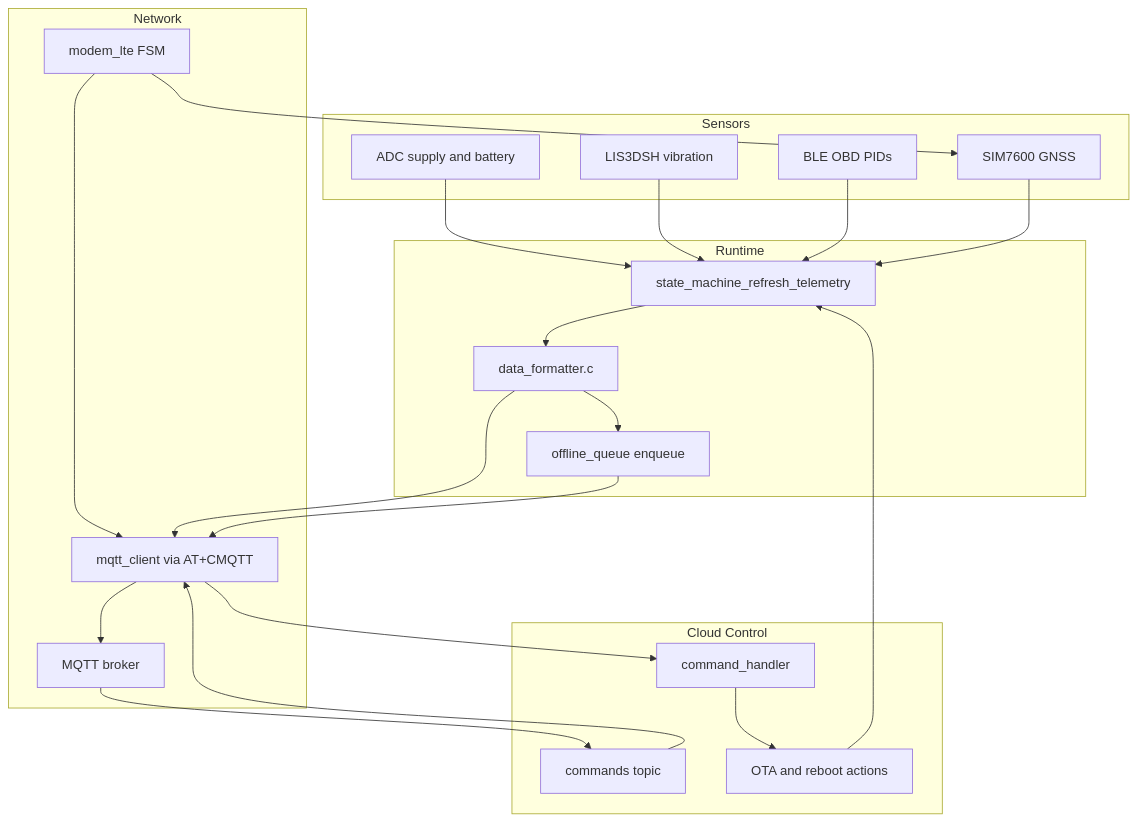
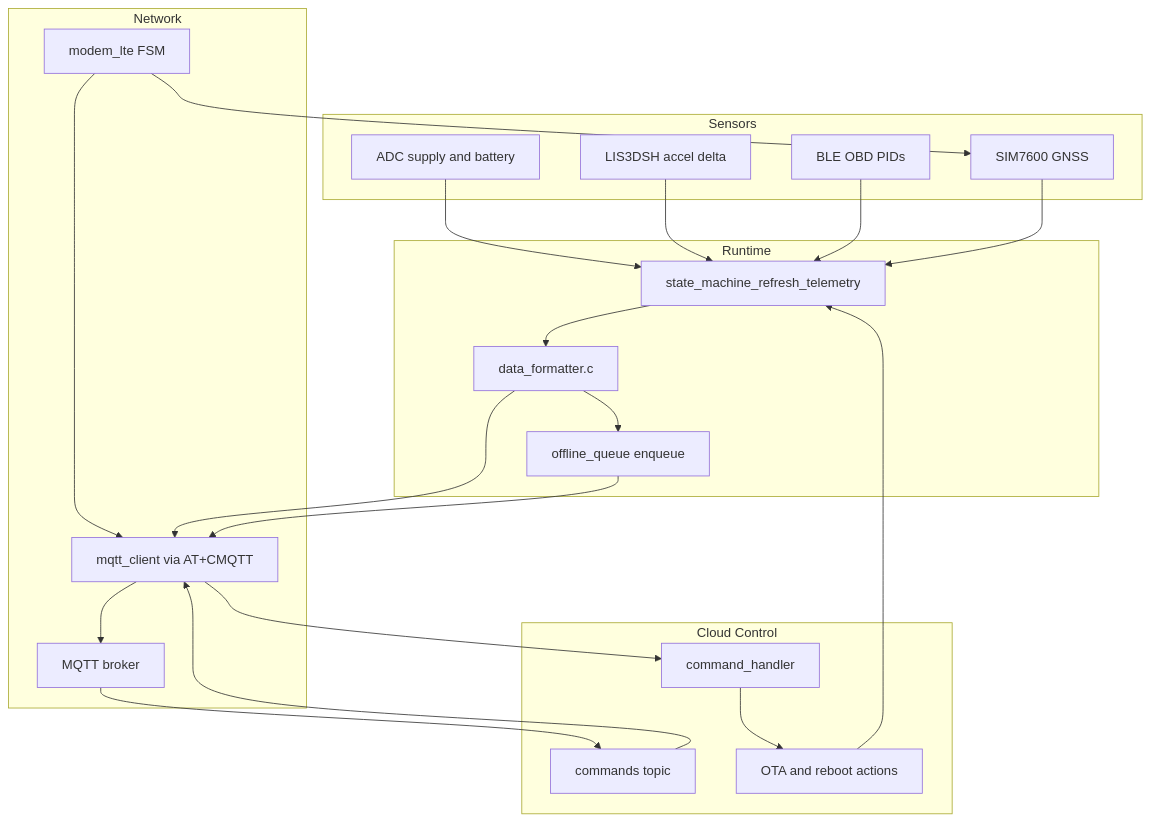
Before and after one commit to anmh1205/IoT_Vehicle_Tracking_System: the diagram in resources/docs/firmware-source-code-reference/assets/uml/firmware-connectivity-and-telemetry-flow.mmd, drawn with Mermaid. The commit also changed 140 other files, not shown here.

```diff
--- a/resources/docs/firmware-source-code-reference/assets/uml/firmware-connectivity-and-telemetry-flow.mmd
+++ b/resources/docs/firmware-source-code-reference/assets/uml/firmware-connectivity-and-telemetry-flow.mmd
@@ -1,43 +1,43 @@
 flowchart TD
     subgraph Sensors
         A1[ADC supply and battery]
-        A2[LIS3DSH vibration]
+        A2[LIS3DSH accel delta]
         A3[BLE OBD PIDs]
         A4[SIM7600 GNSS]
     end
 
     subgraph Runtime
         B1[state_machine_refresh_telemetry]
         B2[data_formatter.c]
         B3[offline_queue enqueue]
     end
 
     subgraph Network
         C1[modem_lte FSM]
         C2[mqtt_client via AT+CMQTT]
         C3[MQTT broker]
     end
 
     subgraph Cloud Control
         D1[commands topic]
         D2[command_handler]
         D3[OTA and reboot actions]
     end
 
     A1 --> B1
     A2 --> B1
     A3 --> B1
     A4 --> B1
 
     C1 --> A4
     C1 --> C2
     B1 --> B2
     B2 --> B3
     B2 --> C2
     B3 --> C2
     C2 --> C3
     C3 --> D1
     D1 --> C2
     C2 --> D2
     D2 --> D3
     D3 --> B1
```
